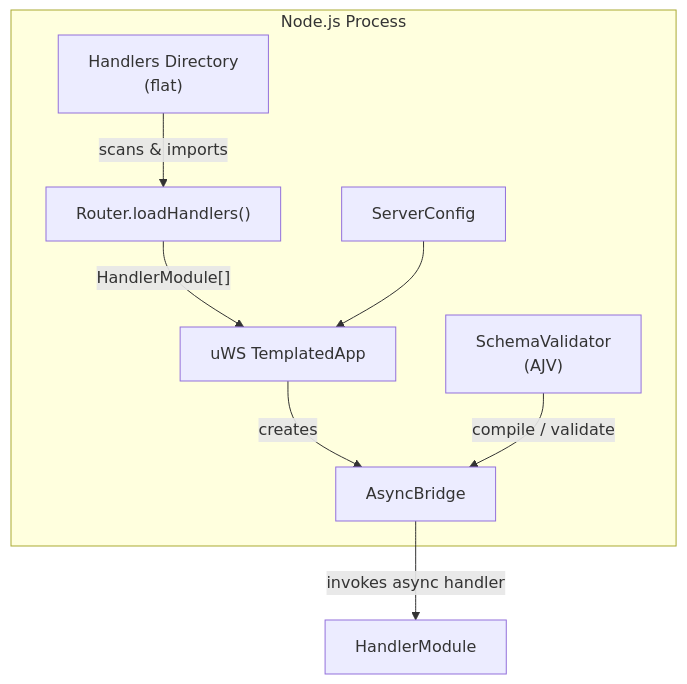
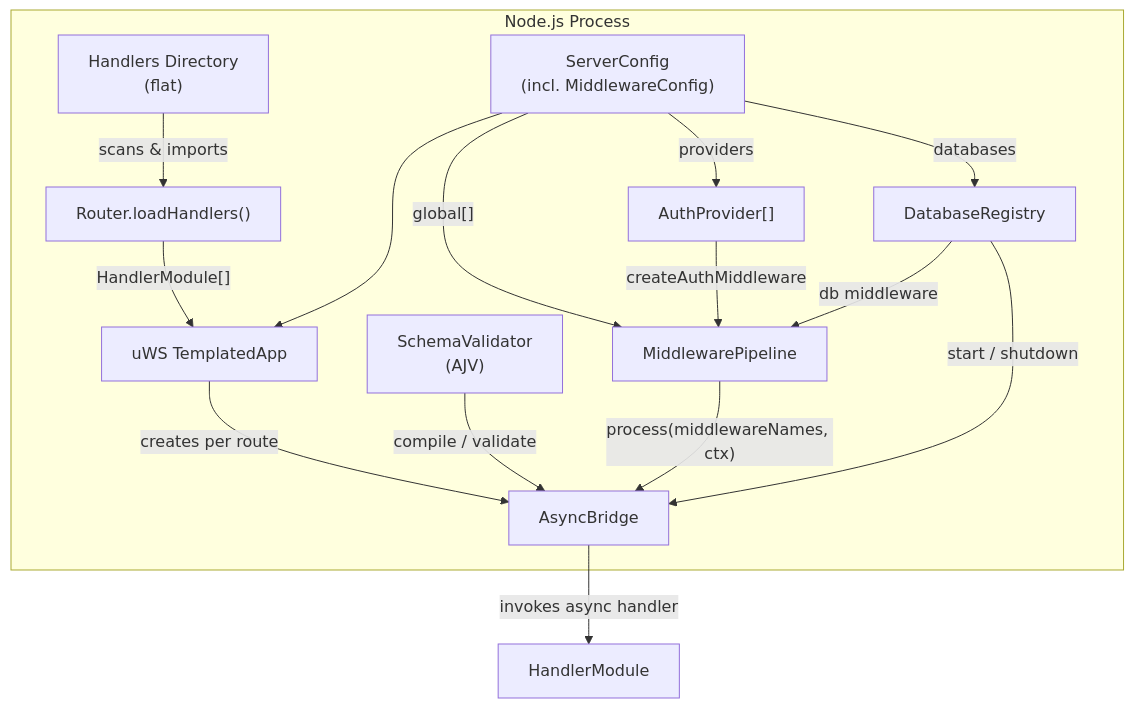
One commit to warncke/uws-api-server changed the first of 2 diagrams in technical-specification.md. Above: the diagram before and after it, drawn with Mermaid. The commit also changed other lines of this file, not shown here.

````diff
--- a/technical-specification.md
+++ b/technical-specification.md
@@ -296,18 +686,28 @@
 ```mermaid
 graph TB
     subgraph Runtime["Node.js Process"]
-        Config["ServerConfig"]
-        HandlersDir["Handlers Directory<br>(flat)"]
+        Config["ServerConfig<br/>(incl. MiddlewareConfig)"]
+        HandlersDir["Handlers Directory<br/>(flat)"]
         Router["Router.loadHandlers()"]
-        SchemaValidator["SchemaValidator<br>(AJV)"]
+        SchemaValidator["SchemaValidator<br/>(AJV)"]
+        MiddlewarePipe["MiddlewarePipeline"]
+        DbRegistry["DatabaseRegistry"]
+        AuthProviderList["AuthProvider[]"]
         AsyncBridge["AsyncBridge"]
         uWSApp["uWS TemplatedApp"]
     end
 
     HandlersDir -->|"scans & imports"| Router
     Router -->|"HandlerModule[]"| uWSApp
     Config --> uWSApp
-    uWSApp -->|"creates"| AsyncBridge
+    Config -->|"global[]"| MiddlewarePipe
+    Config -->|"providers"| AuthProviderList
+    Config -->|"databases"| DbRegistry
+    AuthProviderList -->|"createAuthMiddleware"| MiddlewarePipe
+    DbRegistry -->|"db middleware"| MiddlewarePipe
+    uWSApp -->|"creates per route"| AsyncBridge
     SchemaValidator -->|"compile / validate"| AsyncBridge
+    MiddlewarePipe -->|"process(middlewareNames, ctx)"| AsyncBridge
     AsyncBridge -->|"invokes async handler"| HandlerModule
+    DbRegistry -->|"start / shutdown"| AsyncBridge
 ```
````
